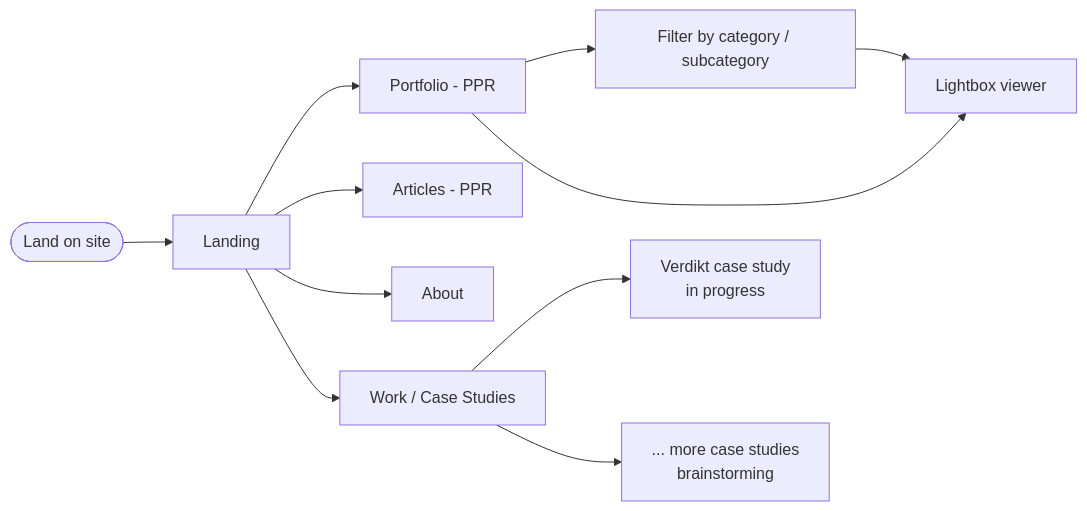
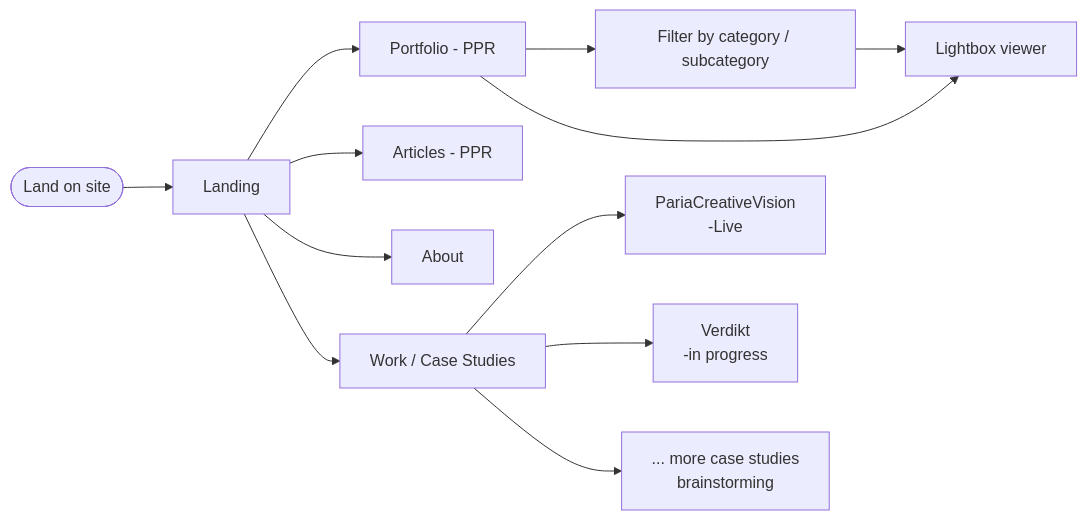
One commit to Paria-Heidari/paria-creative-vision changed the diagram in docs/project_description.md. Above: the diagram before and after it, drawn with Mermaid. The commit also changed other lines of this file and 4 other files, not shown here.

````diff
--- a/docs/project_description.md
+++ b/docs/project_description.md
@@ -106,13 +104,14 @@
 ```mermaid
 flowchart LR
     Start([Land on site]) --> Landing[Landing]
     Landing --> Portfolio[Portfolio - PPR]
     Landing --> Articles[Articles - PPR]
     Landing --> About[About]
     Landing --> Work[Work / Case Studies]
     Portfolio --> Filter[Filter by category / subcategory]
     Filter --> Lightbox[Lightbox viewer]
     Portfolio --> Lightbox
-    Work --> Verdikt[Verdikt case study\n in progress]
+    Work --> PariaCreativeVision[PariaCreativeVision\n -Live]
+    Work --> Verdikt[Verdikt\n -in progress]
     Work --> MoreCaseStudies[... more case studies\n brainstorming]
 ```
````
